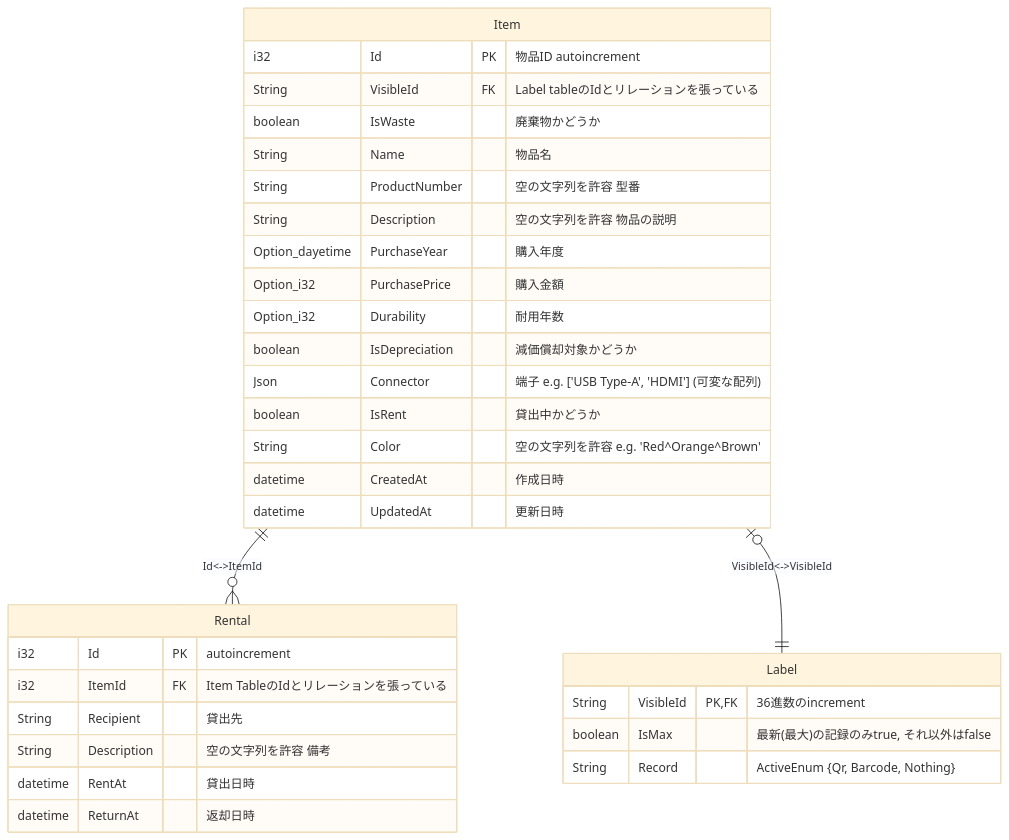
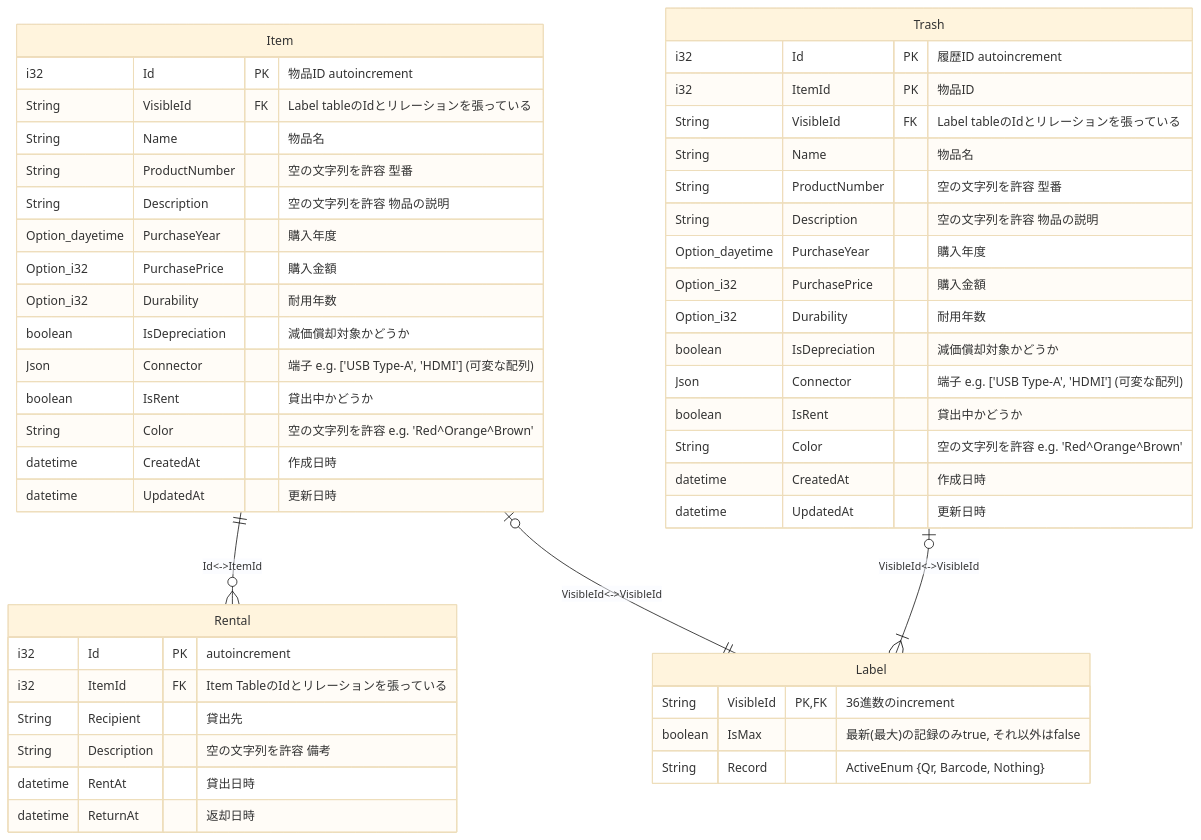
Before and after one commit to sohosai/dashi: the first of 3 diagrams in documents/database.md, drawn with Mermaid (base theme). The commit also changed other lines of this file and 2 other files, not shown here.

````diff
--- a/documents/database.md
+++ b/documents/database.md
@@ -10,35 +10,52 @@
 ```mermaid
 erDiagram
     Item ||--o{ Rental : "Id<->ItemId"
+    Trash |o--|{ Label : "VisibleId<->VisibleId"
     Item |o--|| Label : "VisibleId<->VisibleId"
     Item {
         i32 Id PK "物品ID autoincrement"
         String VisibleId FK "Label tableのIdとリレーションを張っている"
-        boolean IsWaste "廃棄物かどうか"
+        String Name "物品名"
+        String ProductNumber "空の文字列を許容 型番"
+        String Description "空の文字列を許容 物品の説明"
+        Option_dayetime PurchaseYear "購入年度"
+        Option_i32 PurchasePrice "購入金額"
+        Option_i32 Durability "耐用年数"
+        boolean IsDepreciation "減価償却対象かどうか"
+        Json Connector "端子 e.g. ['USB Type-A', 'HDMI'] (可変な配列)"
+        boolean IsRent "貸出中かどうか"
+        String Color "空の文字列を許容 e.g. 'Red^Orange^Brown'"
+        datetime CreatedAt "作成日時"
+        datetime UpdatedAt "更新日時"
+    }
+    Trash {
+        i32 Id PK "履歴ID autoincrement"
+        i32 ItemId PK "物品ID"
+        String VisibleId FK "Label tableのIdとリレーションを張っている"
         String Name "物品名"
         String ProductNumber "空の文字列を許容 型番"
         String Description "空の文字列を許容 物品の説明"
         Option_dayetime PurchaseYear "購入年度"
         Option_i32 PurchasePrice "購入金額"
         Option_i32 Durability "耐用年数"
         boolean IsDepreciation "減価償却対象かどうか"
         Json Connector "端子 e.g. ['USB Type-A', 'HDMI'] (可変な配列)"
         boolean IsRent "貸出中かどうか"
         String Color "空の文字列を許容 e.g. 'Red^Orange^Brown'"
         datetime CreatedAt "作成日時"
         datetime UpdatedAt "更新日時"
     }
     Label {
         String VisibleId PK, FK "36進数のincrement"
         boolean IsMax "最新(最大)の記録のみtrue, それ以外はfalse"
         String Record "ActiveEnum {Qr, Barcode, Nothing}"
     }
     Rental {
         i32 Id PK "autoincrement"
         i32 ItemId FK "Item TableのIdとリレーションを張っている"
         String Recipient "貸出先"
         String Description "空の文字列を許容 備考"
         datetime RentAt "貸出日時"
         datetime ReturnAt "返却日時"
     }
 ```
````
